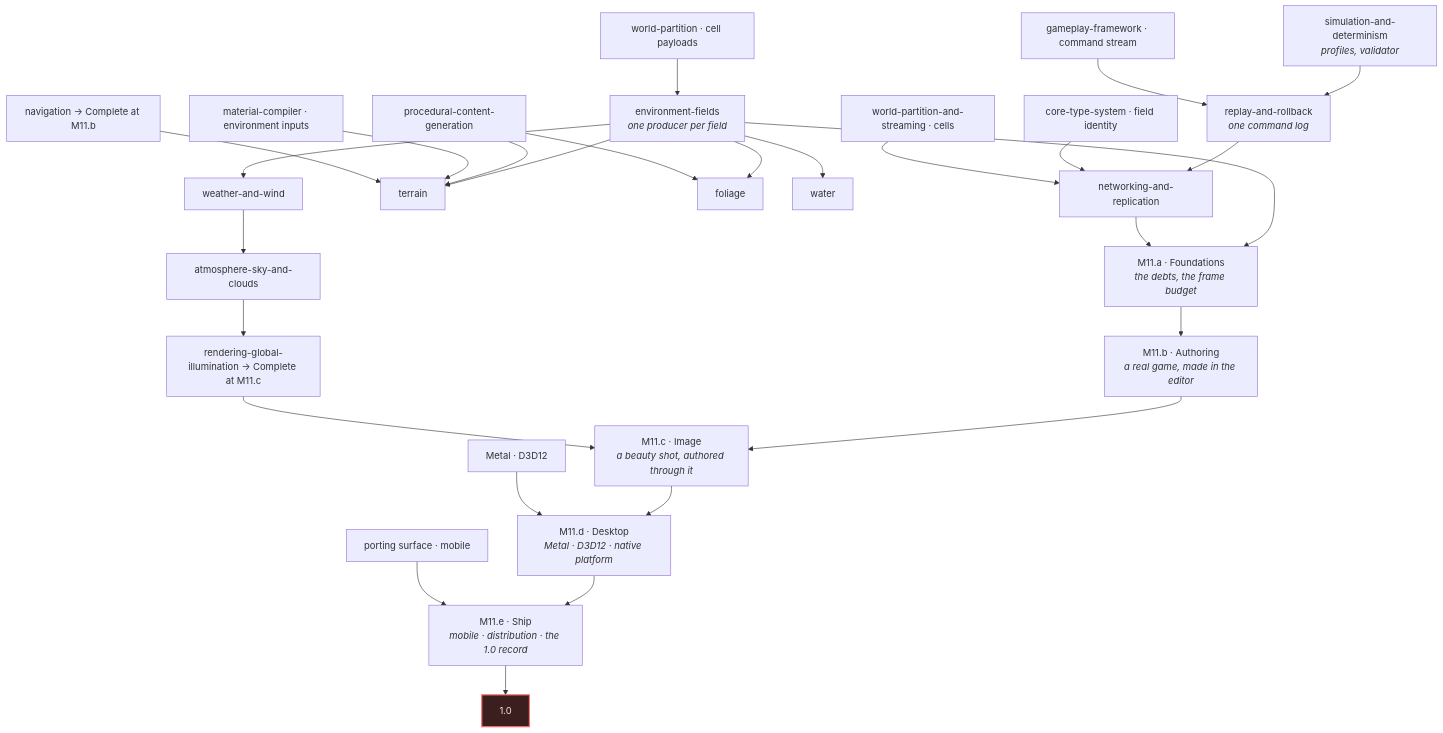
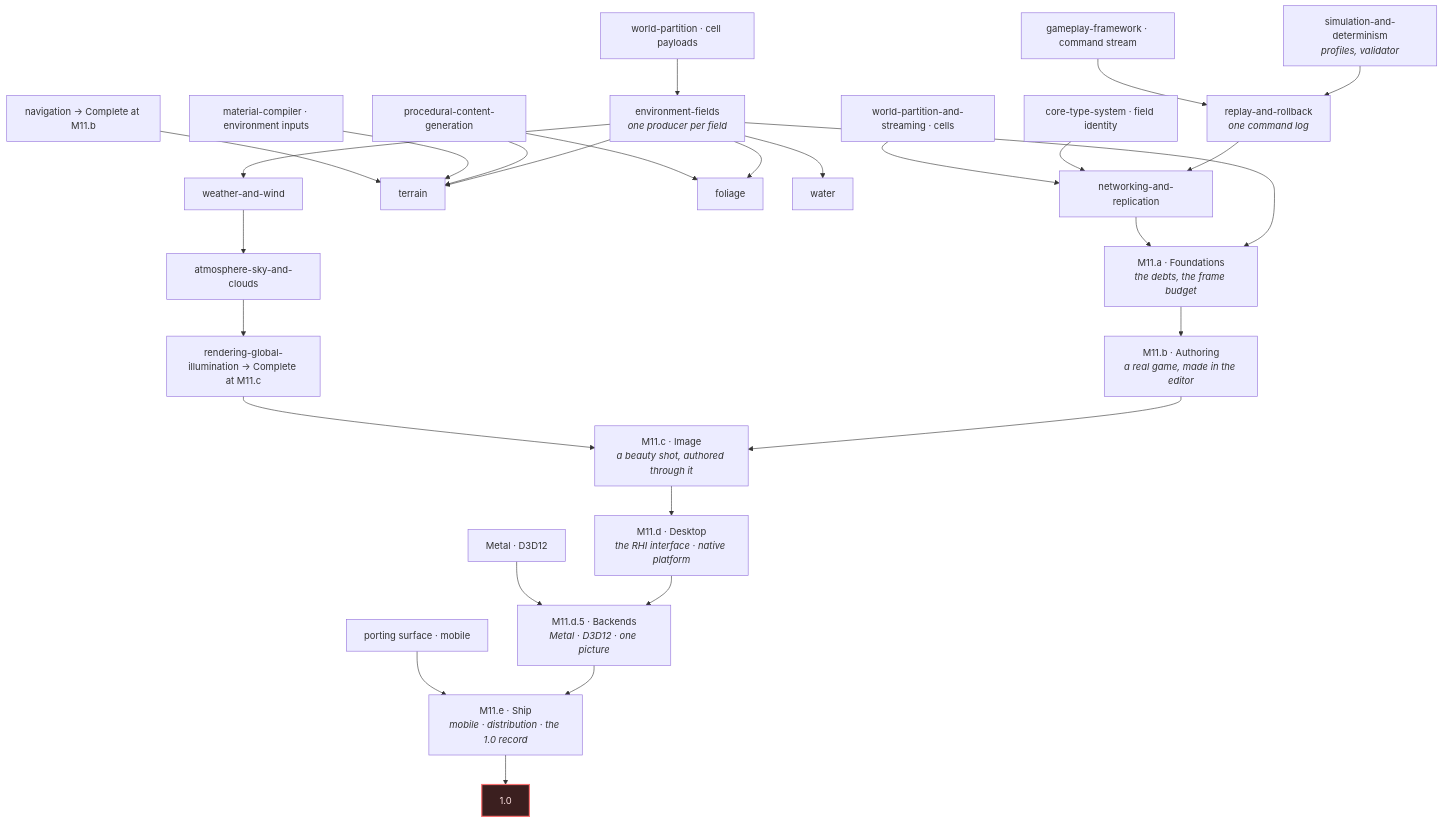
The fourth of 4 diagrams in docs/roadmap/dependencies.md (CyberdyneCorp/CyberdyneEngine), drawn with Mermaid before and after one commit. The commit also changed other lines of this file and 104 other files, not shown here.

````diff
--- a/docs/roadmap/dependencies.md
+++ b/docs/roadmap/dependencies.md
@@ -231,35 +231,36 @@
 ```mermaid
 flowchart TB
     DET2["simulation-and-determinism<br/><i>profiles, validator</i>"] --> REPLAY["replay-and-rollback<br/><i>one command log</i>"]
     GF2["gameplay-framework · command stream"] --> REPLAY
     REPLAY --> NET["networking-and-replication"]
     TYPE2["core-type-system · field identity"] --> NET
     WP2["world-partition-and-streaming · cells"] --> NET
 
     FIELDS["environment-fields<br/><i>one producer per field</i>"] --> TERR["terrain"]
     FIELDS --> FOL["foliage"]
     FIELDS --> WATER["water"]
     FIELDS --> WEATH["weather-and-wind"]
     WEATH --> ATMO["atmosphere-sky-and-clouds"]
     PCG["procedural-content-generation"] --> FOL
     PCG --> TERR
     WP3["world-partition · cell payloads"] --> FIELDS
     MC2["material-compiler · environment inputs"] --> TERR
 
     ATMO --> GI2["rendering-global-illumination → Complete at M11.c"]
     NAV2["navigation → Complete at M11.b"] --> TERR
 
     FIELDS --> RA["M11.a · Foundations<br/><i>the debts, the frame budget</i>"]
     NET --> RA
     RA --> RB["M11.b · Authoring<br/><i>a real game, made in the editor</i>"]
     RB --> RC["M11.c · Image<br/><i>a beauty shot, authored through it</i>"]
     GI2 --> RC
-    RC --> RD["M11.d · Desktop<br/><i>Metal · D3D12 · native platform</i>"]
-    BACKENDS["Metal · D3D12"] --> RD
-    RD --> RE["M11.e · Ship<br/><i>mobile · distribution · the 1.0 record</i>"]
+    RC --> RD["M11.d · Desktop<br/><i>the RHI interface · native platform</i>"]
+    RD --> RD5["M11.d.5 · Backends<br/><i>Metal · D3D12 · one picture</i>"]
+    BACKENDS["Metal · D3D12"] --> RD5
+    RD5 --> RE["M11.e · Ship<br/><i>mobile · distribution · the 1.0 record</i>"]
     PORT["porting surface · mobile"] --> RE
     RE --> SHIP["1.0"]
 
     classDef gate fill:#3b1f1f,stroke:#f87171,stroke-width:2px,color:#fee2e2
     class SHIP gate
 ```
````
